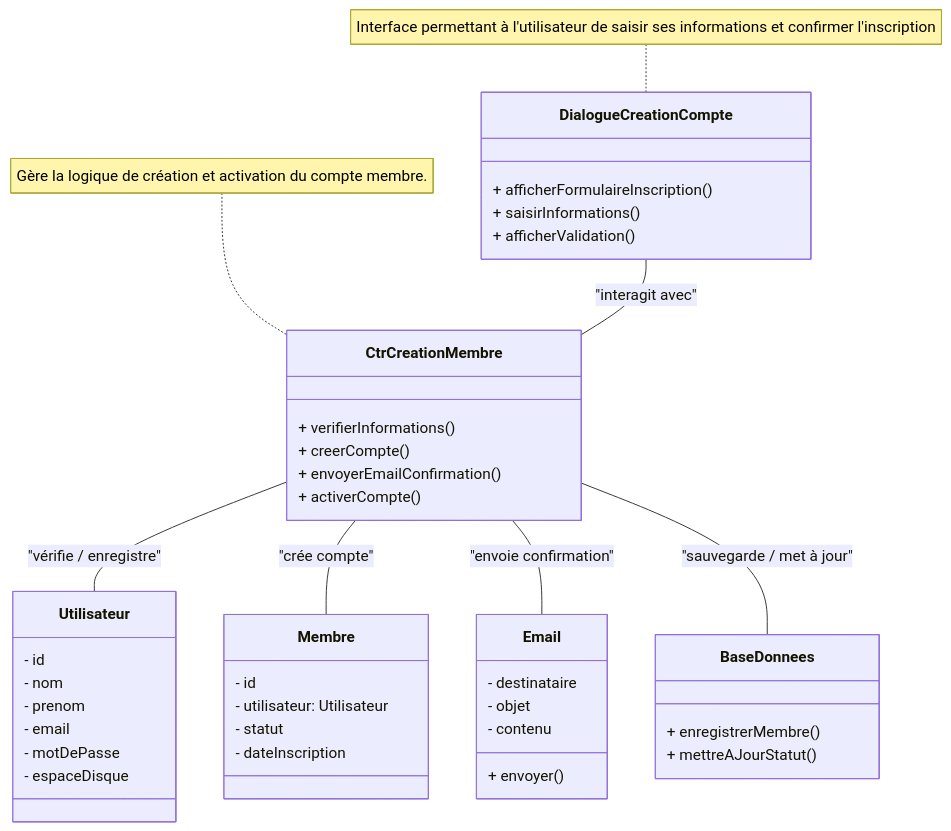
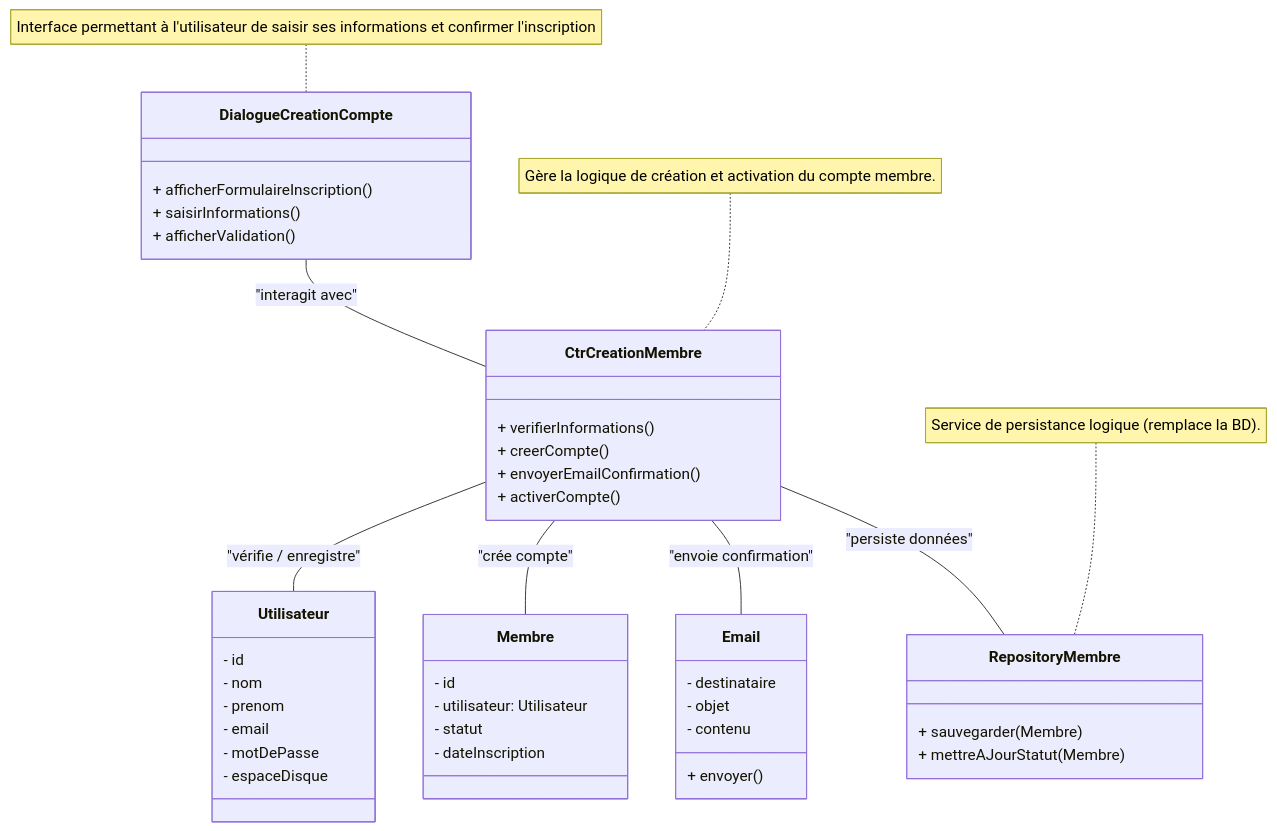
The diagram in docs/fr/Conception/Diagrammes de classes/devenir_membre.md (JustADevInFrance/biblioteko), drawn with Mermaid before and after one commit. The commit also changed 5 other files, not shown here.

Commit message:
mise a jour des uml de sequence

````diff
--- a/docs/fr/Conception/Diagrammes de classes/devenir_membre.md
+++ b/docs/fr/Conception/Diagrammes de classes/devenir_membre.md
@@ -1,64 +1,66 @@
 ```mermaid
 classDiagram
 %% ===============================
 %% Diagramme de Classes du Problème (DCP)
 %% Cas d’utilisation : Devenir membre
 %% ===============================
 
 %% --- Dialogues (IHM) ---
 class DialogueCreationCompte {
   + afficherFormulaireInscription()
   + saisirInformations()
   + afficherValidation()
-
 }
 
 %% --- Contrôles ---
 class CtrCreationMembre {
   + verifierInformations()
   + creerCompte()
   + envoyerEmailConfirmation()
   + activerCompte()
 }
 
 %% --- Entités (métier) ---
 class Utilisateur {
   - id
   - nom
   - prenom
   - email
   - motDePasse
   - espaceDisque
 }
 
 class Membre {
   - id
   - utilisateur: Utilisateur
   - statut
   - dateInscription
 }
 
 class Email {
   - destinataire
   - objet
   - contenu
   + envoyer()
 }
 
-class BaseDonnees {
-  + enregistrerMembre()
-  + mettreAJourStatut()
+%% --- Service / Repository ---
+class RepositoryMembre {
+  + sauvegarder(Membre)
+  + mettreAJourStatut(Membre)
 }
 
 %% --- Relations (liens fonctionnels) ---
 DialogueCreationCompte -- CtrCreationMembre : "interagit avec"
 
 CtrCreationMembre -- Utilisateur : "vérifie / enregistre"
 CtrCreationMembre -- Membre : "crée compte"
 CtrCreationMembre -- Email : "envoie confirmation"
-CtrCreationMembre -- BaseDonnees : "sauvegarde / met à jour"
+
+CtrCreationMembre -- RepositoryMembre : "persiste données"
 
 %% --- Notes UML ---
 note for CtrCreationMembre "Gère la logique de création et activation du compte membre."
 note for DialogueCreationCompte "Interface permettant à l'utilisateur de saisir ses informations et confirmer l'inscription"
+note for RepositoryMembre "Service de persistance logique (remplace la BD)."
 ```
````
